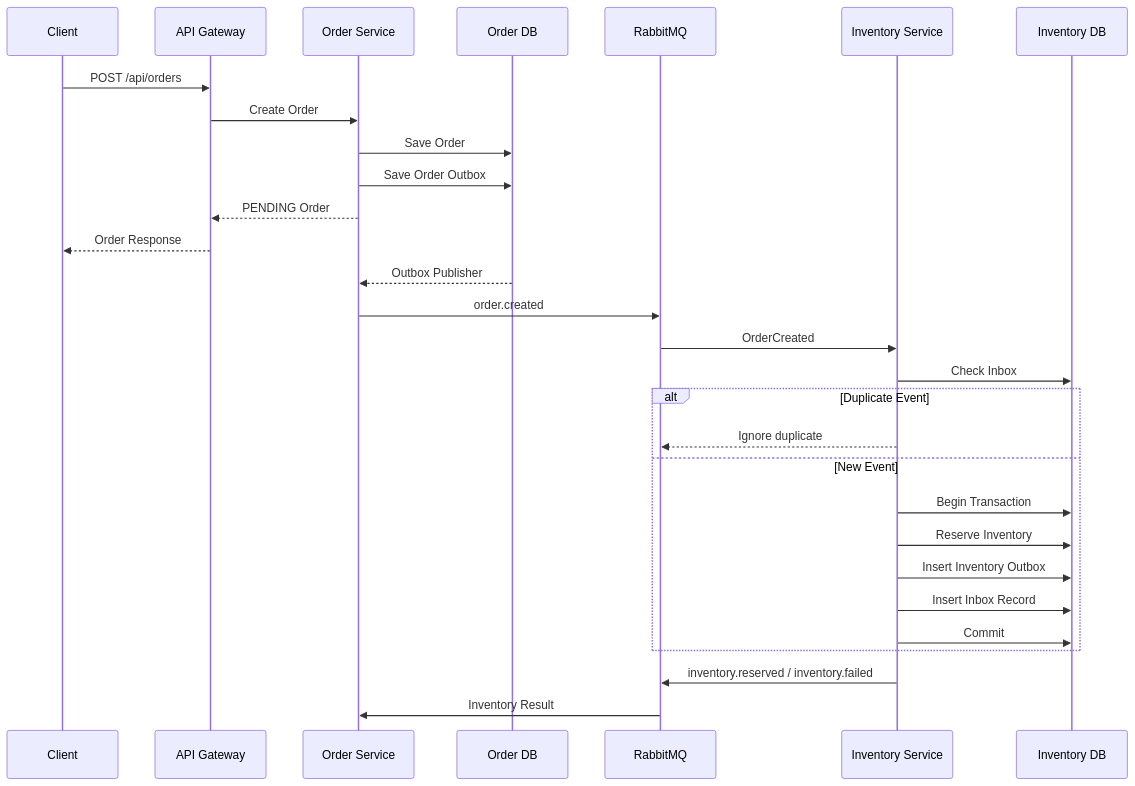
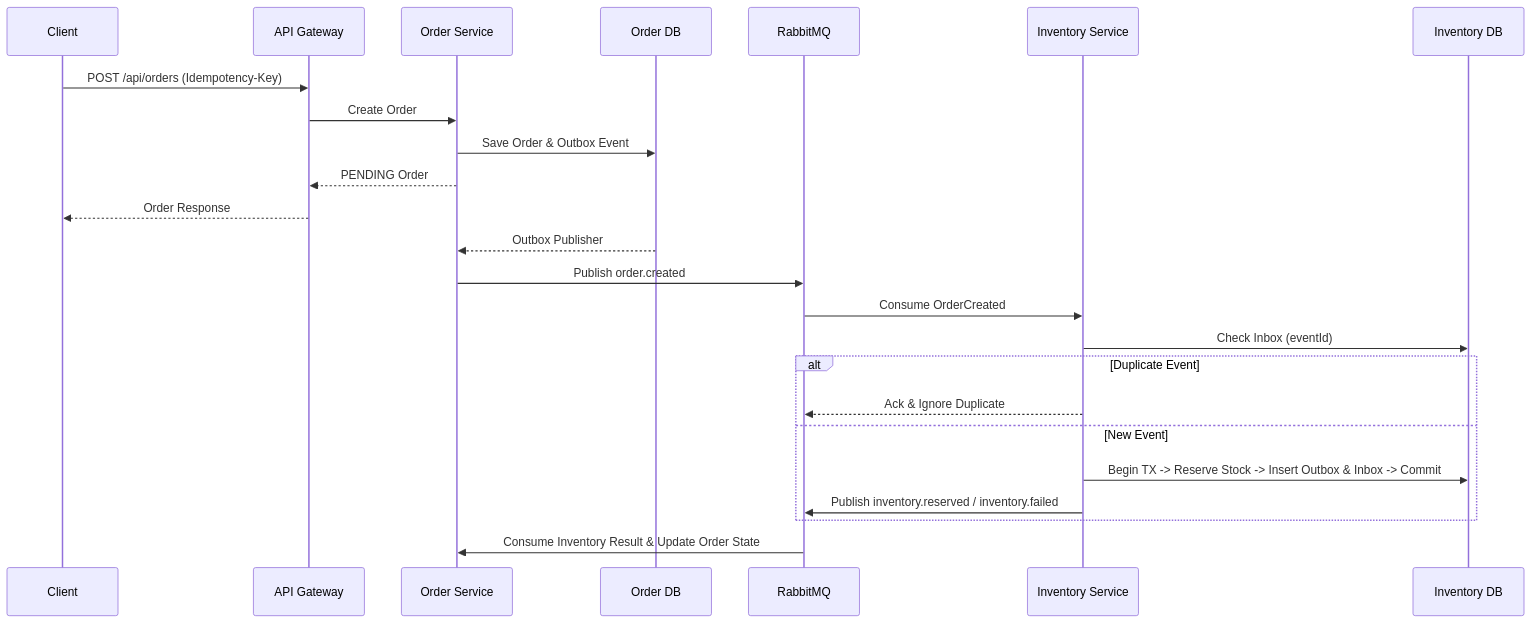
The first of 2 diagrams in README.md (sajal327/distributed-order-processing-system), drawn with Mermaid before and after one commit. The commit also changed other lines of this file, not shown here.

````diff
--- a/README.md
+++ b/README.md
@@ -23,39 +21,32 @@
 ```mermaid
 sequenceDiagram
     participant C as Client
     participant G as API Gateway
     participant O as Order Service
     participant ODB as Order DB
     participant R as RabbitMQ
     participant I as Inventory Service
     participant IDB as Inventory DB
 
-    C->>G: POST /api/orders
+    C->>G: POST /api/orders (Idempotency-Key)
     G->>O: Create Order
 
-    O->>ODB: Save Order
-    O->>ODB: Save Order Outbox
+    O->>ODB: Save Order & Outbox Event
     O-->>G: PENDING Order
     G-->>C: Order Response
 
     ODB-->>O: Outbox Publisher
-    O->>R: order.created
+    O->>R: Publish order.created
 
-    R->>I: OrderCreated
-
-    I->>IDB: Check Inbox
+    R->>I: Consume OrderCreated
+    I->>IDB: Check Inbox (eventId)
 
     alt Duplicate Event
-        I-->>R: Ignore duplicate
+        I-->>R: Ack & Ignore Duplicate
     else New Event
-        I->>IDB: Begin Transaction
-        I->>IDB: Reserve Inventory
-        I->>IDB: Insert Inventory Outbox
-        I->>IDB: Insert Inbox Record
-        I->>IDB: Commit
+        I->>IDB: Begin TX -> Reserve Stock -> Insert Outbox & Inbox -> Commit
+        I->>R: Publish inventory.reserved / inventory.failed
     end
 
-    I->>R: inventory.reserved / inventory.failed
-
-    R->>O: Inventory Result
+    R->>O: Consume Inventory Result & Update Order State
 ```
````
